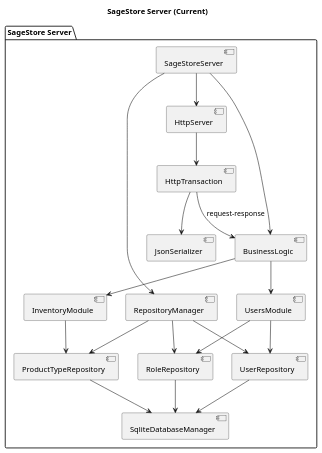
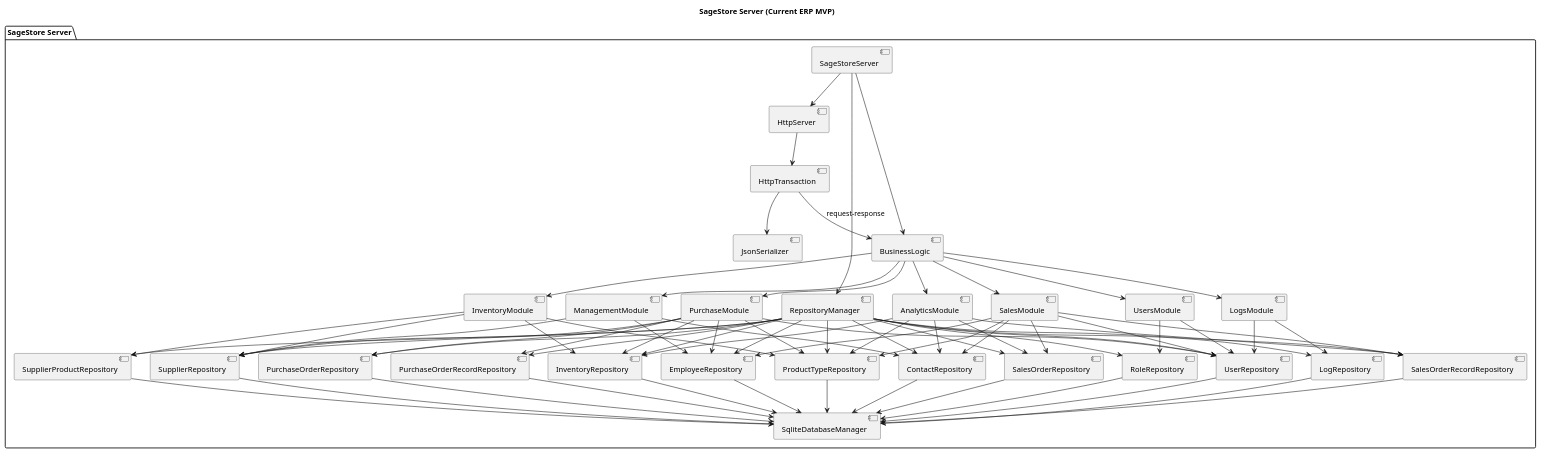
The diagram in docs/server/plantuml/Server_Design.puml (Sage-Cat/SageStore), drawn with PlantUML before and after one commit. The commit also changed 12 other files, not shown here.

Commit message:
docs: reconcile MVP status, diagrams and plan

```diff
--- a/docs/server/plantuml/Server_Design.puml
+++ b/docs/server/plantuml/Server_Design.puml
@@ -1,45 +1,111 @@
 @startuml
 skinparam componentStyle uml2
 
-title SageStore Server (Current)
+title SageStore Server (Current ERP MVP)
 
 package "SageStore Server" {
     [SageStoreServer] as APP
     [HttpServer] as HTTP
     [HttpTransaction] as TX
     [JsonSerializer] as JSON
 
     [BusinessLogic] as BL
     [UsersModule] as UM
     [InventoryModule] as IM
+    [ManagementModule] as MM
+    [PurchaseModule] as PM
+    [SalesModule] as SM
+    [LogsModule] as LM
+    [AnalyticsModule] as AM
 
     [RepositoryManager] as RM
     [UserRepository] as UR
     [RoleRepository] as RR
+    [InventoryRepository] as IR
     [ProductTypeRepository] as PTR
+    [SupplierRepository] as SR
+    [ContactRepository] as CR
+    [EmployeeRepository] as ER
+    [SupplierProductRepository] as SPR
+    [PurchaseOrderRepository] as POR
+    [PurchaseOrderRecordRepository] as PRR
+    [SalesOrderRepository] as SOR
+    [SalesOrderRecordRepository] as SRR
+    [LogRepository] as LR
     [SqliteDatabaseManager] as DB
 
     APP --> HTTP
     APP --> BL
     APP --> RM
 
     HTTP --> TX
     TX --> JSON
     TX --> BL : request-response
 
     BL --> UM
     BL --> IM
+    BL --> MM
+    BL --> PM
+    BL --> SM
+    BL --> LM
+    BL --> AM
 
     UM --> UR
     UM --> RR
+    IM --> IR
     IM --> PTR
+    IM --> SR
+    IM --> SPR
+    MM --> CR
+    MM --> SR
+    MM --> ER
+    PM --> POR
+    PM --> PRR
+    PM --> IR
+    PM --> UR
+    PM --> SR
+    PM --> ER
+    PM --> PTR
+    SM --> SOR
+    SM --> SRR
+    SM --> UR
+    SM --> CR
+    SM --> ER
+    SM --> PTR
+    LM --> LR
+    LM --> UR
+    AM --> SOR
+    AM --> SRR
+    AM --> IR
+    AM --> PTR
+    AM --> CR
 
     RM --> UR
     RM --> RR
+    RM --> IR
     RM --> PTR
+    RM --> SR
+    RM --> CR
+    RM --> ER
+    RM --> SPR
+    RM --> POR
+    RM --> PRR
+    RM --> SOR
+    RM --> SRR
+    RM --> LR
     UR --> DB
     RR --> DB
+    IR --> DB
     PTR --> DB
+    SR --> DB
+    CR --> DB
+    ER --> DB
+    SPR --> DB
+    POR --> DB
+    PRR --> DB
+    SOR --> DB
+    SRR --> DB
+    LR --> DB
 }
 
 @enduml
```
